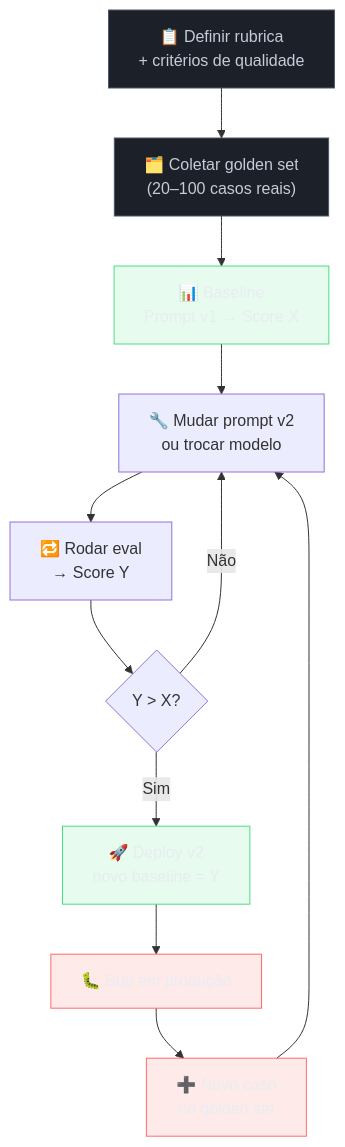
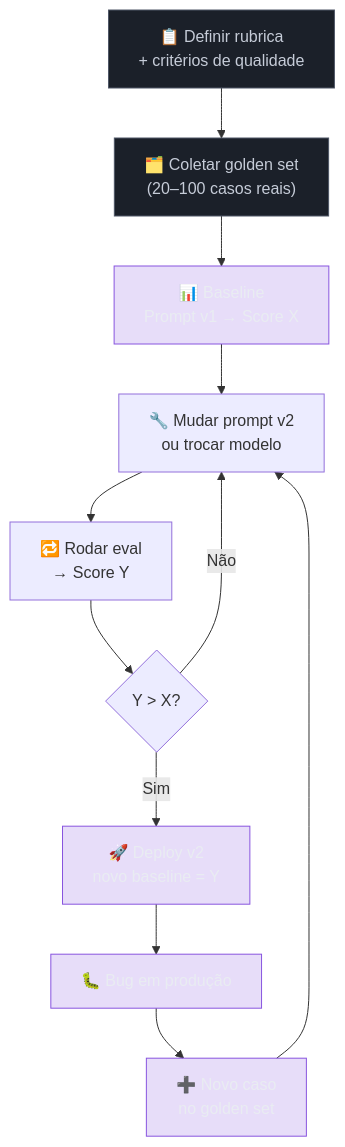
One commit to josenaldo/codex-technomanticus changed the diagram in 03-Dominios/Tecnologia/IA/Evaluation/01 - Eval-driven development — a disciplina.md. Above: the diagram before and after it, drawn with Mermaid. The commit also changed 601 other files, not shown here.

````diff
--- a/03-Dominios/Tecnologia/IA/Evaluation/01 - Eval-driven development — a disciplina.md
+++ b/03-Dominios/Tecnologia/IA/Evaluation/01 - Eval-driven development — a disciplina.md
@@ -59,29 +59,28 @@
 ```mermaid
 flowchart TD
+    classDef marca fill:#8855DF33,stroke:#8855DF,color:#E9ECF2
     classDef neutro fill:#1B2029,stroke:#4E5666,color:#C6CCD8
-    classDef ok fill:#4ADE8021,stroke:#4ADE80,color:#E9ECF2
-    classDef falha fill:#FF6B6B24,stroke:#FF6B6B,color:#E9ECF2
     R["📋 Definir rubrica\n+ critérios de qualidade"]
     G["🗂️ Coletar golden set\n(20–100 casos reais)"]
     B["📊 Baseline\nPrompt v1 → Score X"]
     M["🔧 Mudar prompt v2\nou trocar modelo"]
     E["🔁 Rodar eval\n→ Score Y"]
     D{Y > X?}
     P["🚀 Deploy v2\nnovo baseline = Y"]
     BUG["🐛 Bug em produção"]
     ADD["➕ Novo caso\nno golden set"]
 
     R --> G --> B --> M --> E --> D
     D -->|Sim| P
     D -->|Não| M
     P --> BUG
     BUG --> ADD
     ADD --> M
 
     class R neutro
     class G neutro
-    class B ok
-    class P ok
-    class BUG falha
-    class ADD falha
+    class B marca
+    class P marca
+    class BUG marca
+    class ADD marca
 ```
````
